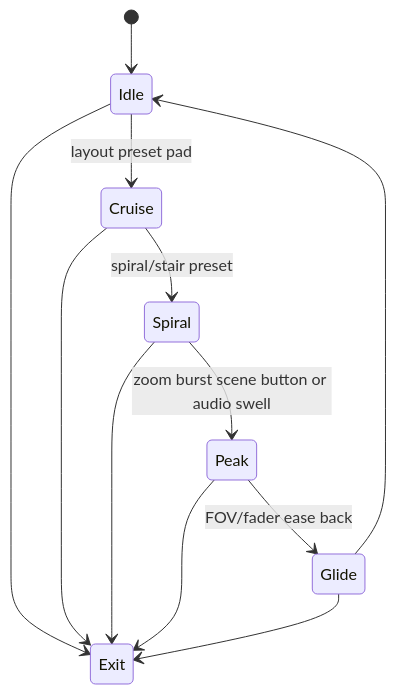
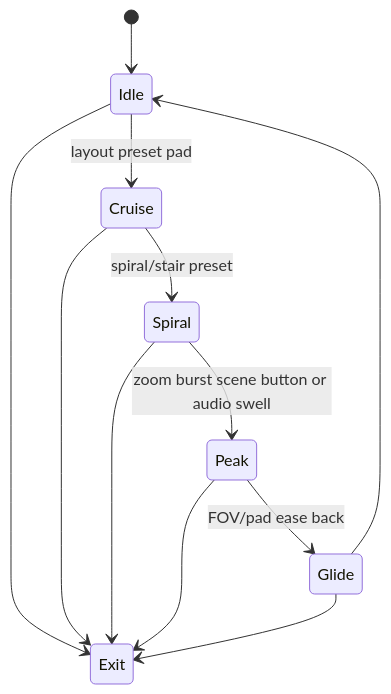
The fifth of 15 diagrams in docs/processing-syphon-idea-board.md (abossard/synesthesia-visuals), drawn with Mermaid before and after one commit. The commit also changed other lines of this file and 1 other file, not shown here.

````diff
--- a/docs/processing-syphon-idea-board.md
+++ b/docs/processing-syphon-idea-board.md
@@ -168,14 +172,14 @@
   ```mermaid
   stateDiagram-v2
     [*] --> Idle
     Idle --> Cruise : layout preset pad
     Cruise --> Spiral : spiral/stair preset
     Spiral --> Peak : zoom burst scene button or audio swell
-    Peak --> Glide : FOV/fader ease back
+    Peak --> Glide : FOV/pad ease back
     Glide --> Idle
     Idle --> Exit
     Cruise --> Exit
     Spiral --> Exit
     Peak --> Exit
     Glide --> Exit
   ```
````
